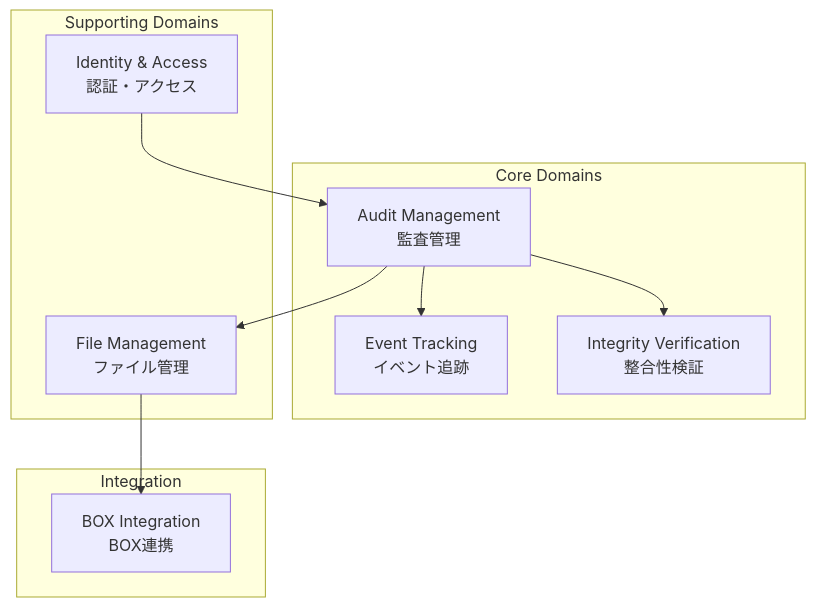
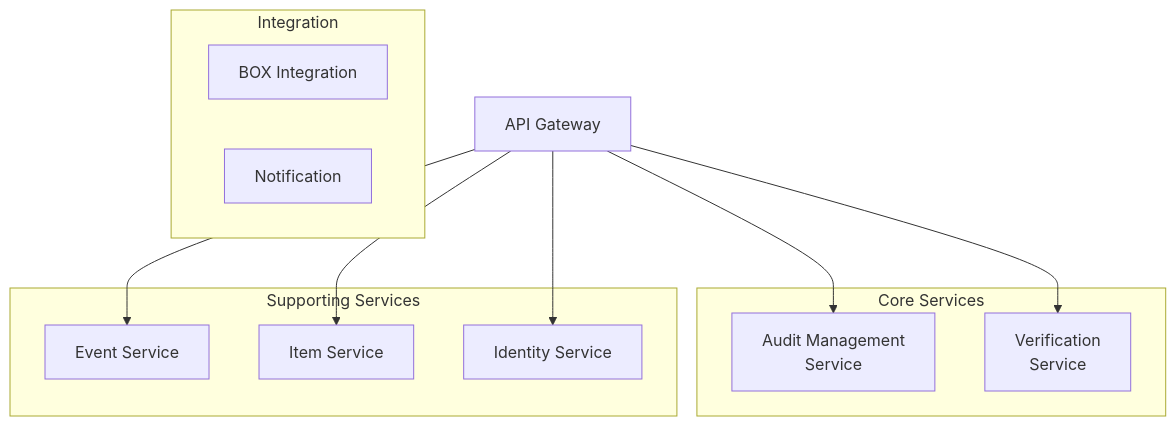
The diagram in reports/00_summary/executive-summary.md (wfukatsu/refactoring-agent-for-claude-code), drawn with Mermaid before and after one commit. The commit also changed other lines of this file and 26 other files, not shown here.

````diff
--- a/reports/00_summary/executive-summary.md
+++ b/reports/00_summary/executive-summary.md
@@ -66,23 +76,24 @@
 ```mermaid
 graph TB
-    subgraph "Core Domains"
-        AM[Audit Management<br/>監査管理]
-        ET[Event Tracking<br/>イベント追跡]
-        IV[Integrity Verification<br/>整合性検証]
+    subgraph "Core Services"
+        AMS[Audit Management<br/>Service]
+        VS[Verification<br/>Service]
     end
-
-    subgraph "Supporting Domains"
-        IA[Identity & Access<br/>認証・アクセス]
-        FM[File Management<br/>ファイル管理]
+    
+    subgraph "Supporting Services"
+        ES[Event Service]
+        IS[Item Service]
+        IDS[Identity Service]
     end
-
+    
     subgraph "Integration"
-        BI[BOX Integration<br/>BOX連携]
+        BIS[BOX Integration]
+        NS[Notification]
     end
-
-    IA --> AM
-    AM --> FM
-    AM --> ET
-    FM --> BI
-    AM --> IV
+    
+    GW[API Gateway] --> AMS
+    GW --> VS
+    GW --> ES
+    GW --> IS
+    GW --> IDS
 ```
````
